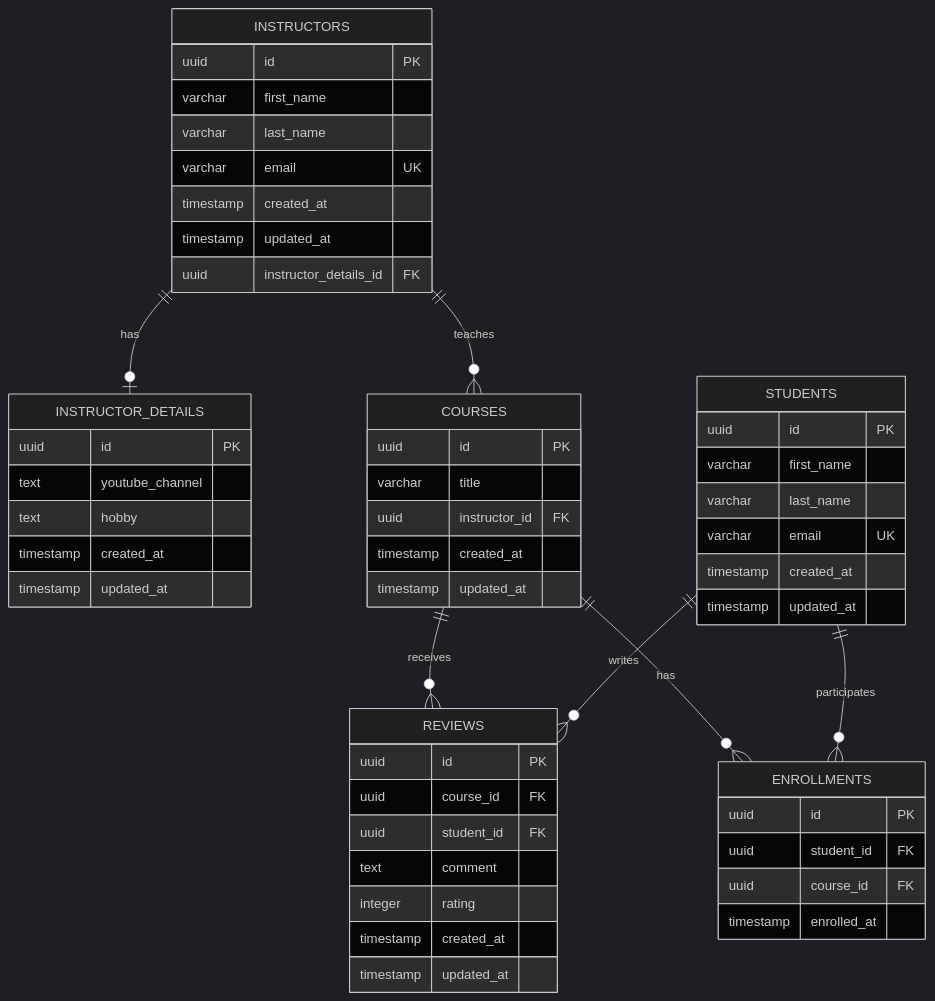
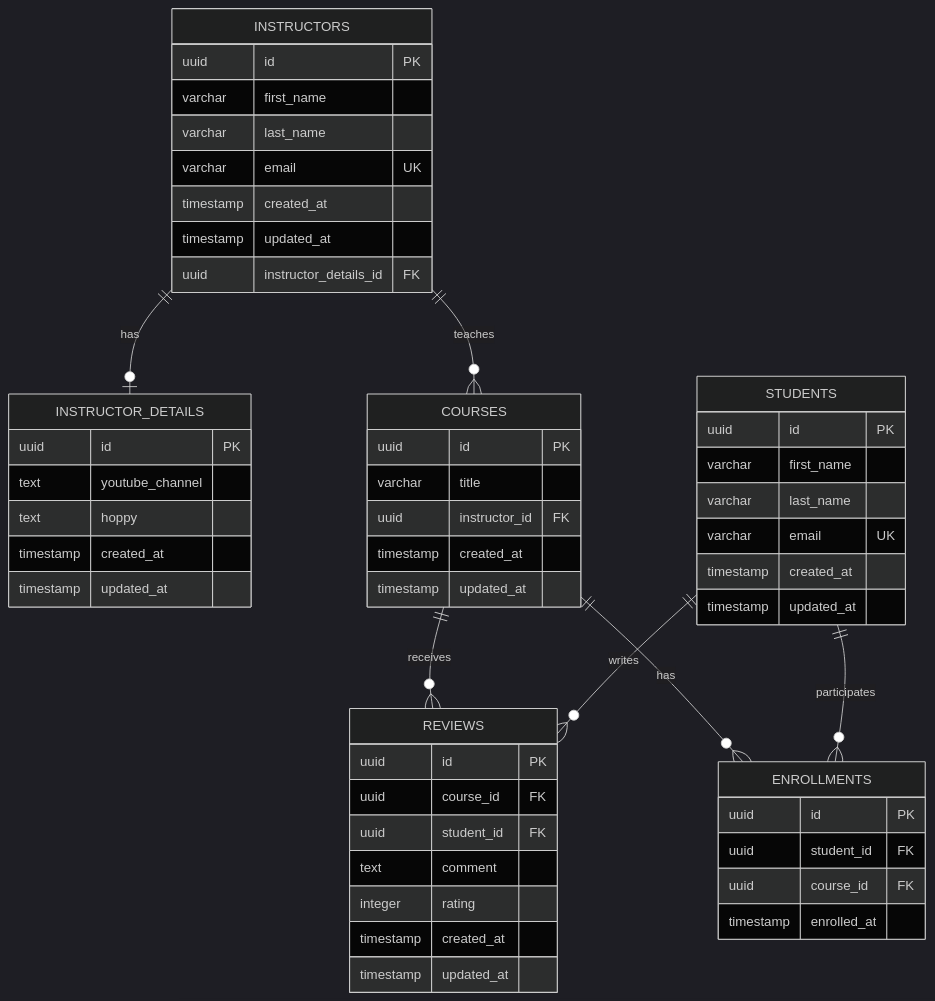
One commit to aomari/SpringBoot-CourseManagement changed the diagram in docs/reference/database-schema.md. Above: the diagram before and after it, drawn with Mermaid (dark theme). The commit also changed other lines of this file and 34 other files, not shown here.

````diff
--- a/docs/reference/database-schema.md
+++ b/docs/reference/database-schema.md
@@ -11,61 +11,61 @@
 ```mermaid
 erDiagram
     INSTRUCTORS ||--o| INSTRUCTOR_DETAILS : has
     INSTRUCTORS ||--o{ COURSES : teaches
     COURSES ||--o{ REVIEWS : receives
     COURSES ||--o{ ENROLLMENTS : has
     STUDENTS ||--o{ REVIEWS : writes
     STUDENTS ||--o{ ENROLLMENTS : participates
     
     INSTRUCTORS {
         uuid id PK
         varchar first_name
         varchar last_name
         varchar email UK
         timestamp created_at
         timestamp updated_at
         uuid instructor_details_id FK
     }
     
     INSTRUCTOR_DETAILS {
         uuid id PK
         text youtube_channel
-        text hobby
+        text hoppy
         timestamp created_at
         timestamp updated_at
     }
     
     COURSES {
         uuid id PK
         varchar title
         uuid instructor_id FK
         timestamp created_at
         timestamp updated_at
     }
     
     STUDENTS {
         uuid id PK
         varchar first_name
         varchar last_name
         varchar email UK
         timestamp created_at
         timestamp updated_at
     }
     
     REVIEWS {
         uuid id PK
         uuid course_id FK
         uuid student_id FK
         text comment
         integer rating
         timestamp created_at
         timestamp updated_at
     }
     
     ENROLLMENTS {
         uuid id PK
         uuid student_id FK
         uuid course_id FK
         timestamp enrolled_at
     }
 ```
````
